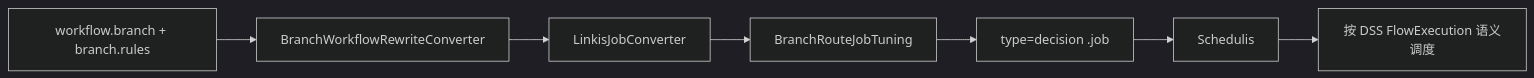
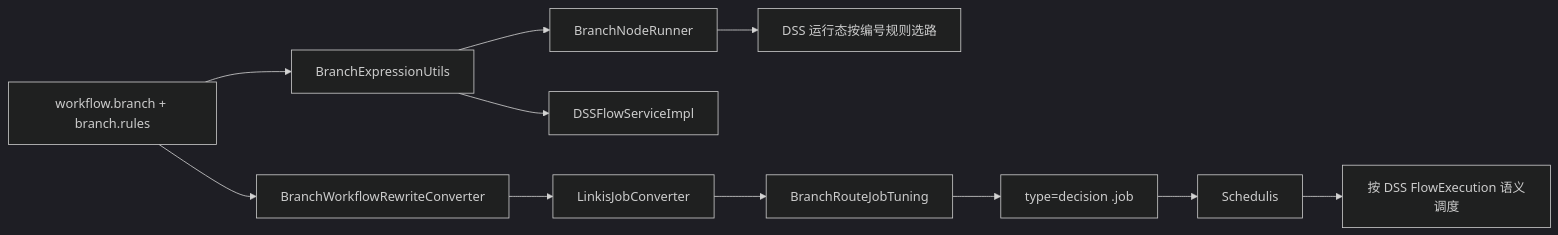
One commit to WeDataSphere/DataSphereStudio changed the first of 3 diagrams in docs/1.21.0/design/工作流分支节点_设计.md. Above: the diagram before and after it, drawn with Mermaid (dark theme). The commit also changed other lines of this file and 4 other files, not shown here.

````diff
--- a/docs/1.21.0/design/工作流分支节点_设计.md
+++ b/docs/1.21.0/design/工作流分支节点_设计.md
@@ -28,9 +41,13 @@
 ```mermaid
 flowchart LR
-    A[workflow.branch + branch.rules] --> B[BranchWorkflowRewriteConverter]
-    B --> C[LinkisJobConverter]
-    C --> D[BranchRouteJobTuning]
-    D --> E[type=decision .job]
-    E --> F[Schedulis]
-    F --> G[按 DSS FlowExecution 语义调度]
+    A[workflow.branch + branch.rules] --> B[BranchExpressionUtils]
+    B --> C[BranchNodeRunner]
+    B --> D[DSSFlowServiceImpl]
+    C --> E[DSS 运行态按编号规则选路]
+    A --> F[BranchWorkflowRewriteConverter]
+    F --> G[LinkisJobConverter]
+    G --> H[BranchRouteJobTuning]
+    H --> I[type=decision .job]
+    I --> J[Schedulis]
+    J --> K[按 DSS FlowExecution 语义调度]
 ```
````
